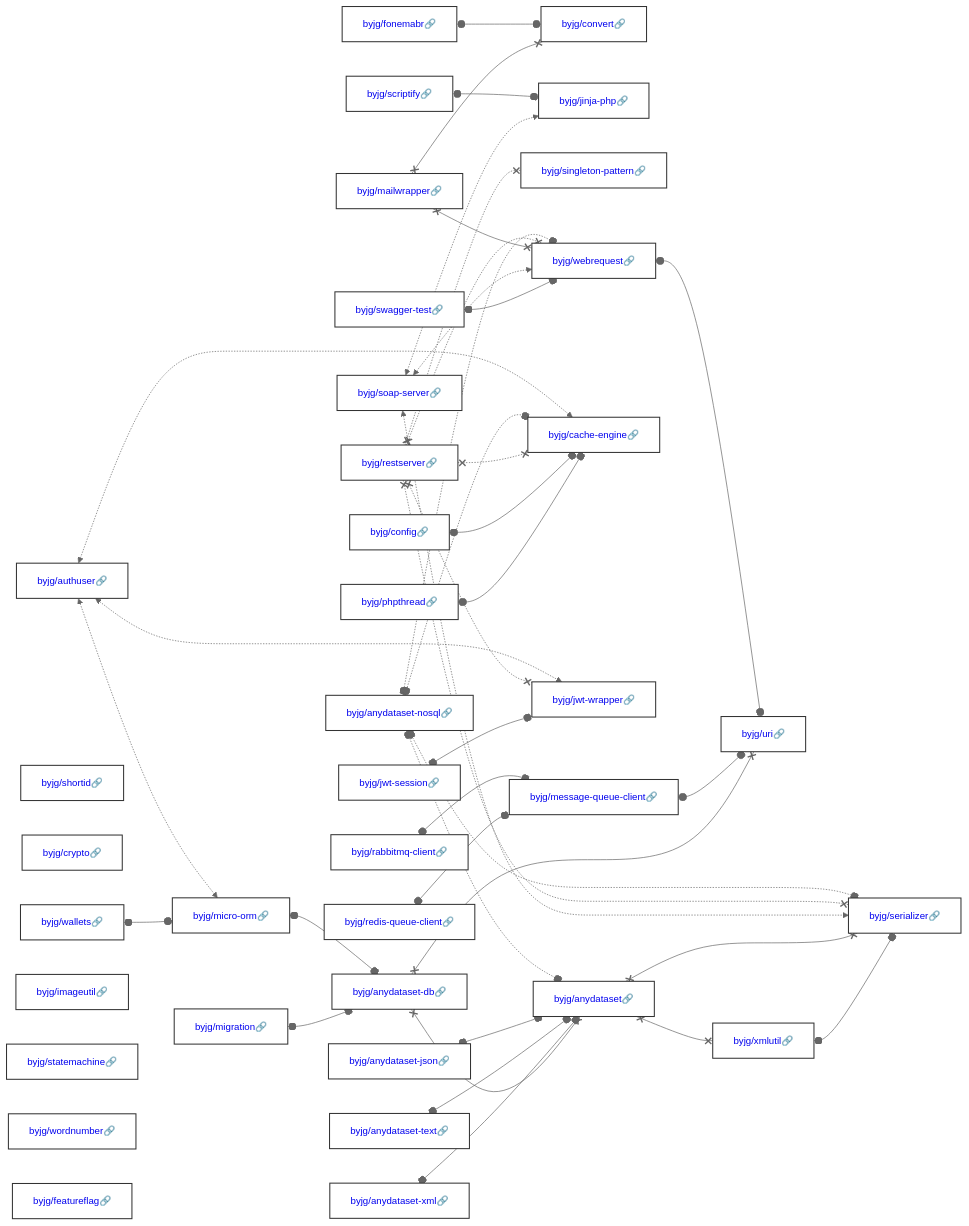
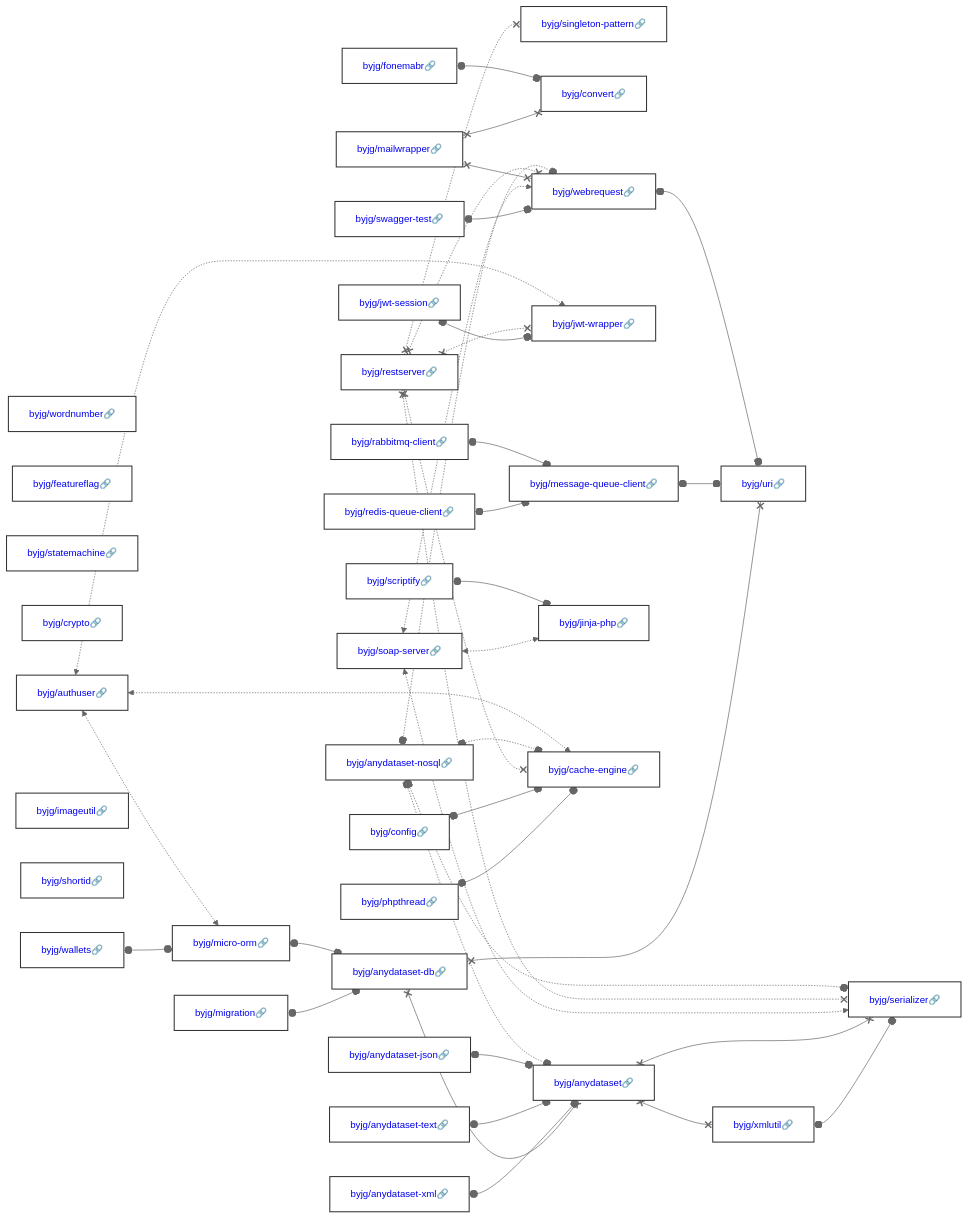
Before and after one commit to byjg/byjg.github.io: the diagram in docs/php/README.md, drawn with Mermaid (neutral theme). The commit also changed other lines of this file and 1 other file, not shown here.

Commit message:
Update documentation 'php' 'php-rest-reference-architecture'

````diff
--- a/docs/php/README.md
+++ b/docs/php/README.md
@@ -3,37 +3,37 @@
 ```mermaid
 graph LR;
-  byjg/config[<a href='https://opensource.byjg.com/docs/php/config' style='text-decoration:none'>byjg/config🔗</a>];
-  byjg/wallets[<a href='https://opensource.byjg.com/docs/php/wallets' style='text-decoration:none'>byjg/wallets🔗</a>];
-  byjg/shortid[<a href='https://opensource.byjg.com/docs/php/shortid' style='text-decoration:none'>byjg/shortid🔗</a>];
+  byjg/restserver[<a href='https://opensource.byjg.com/docs/php/restserver' style='text-decoration:none'>byjg/restserver🔗</a>];
   byjg/fonemabr[<a href='https://opensource.byjg.com/docs/php/fonemabr' style='text-decoration:none'>byjg/fonemabr🔗</a>];
-  byjg/scriptify[<a href='https://opensource.byjg.com/docs/php/scriptify' style='text-decoration:none'>byjg/scriptify🔗</a>];
-  byjg/mailwrapper[<a href='https://opensource.byjg.com/docs/php/mailwrapper' style='text-decoration:none'>byjg/mailwrapper🔗</a>];
-  byjg/crypto[<a href='https://opensource.byjg.com/docs/php/crypto' style='text-decoration:none'>byjg/crypto🔗</a>];
-  byjg/anydataset-json[<a href='https://opensource.byjg.com/docs/php/anydataset-json' style='text-decoration:none'>byjg/anydataset-json🔗</a>];
   byjg/soap-server[<a href='https://opensource.byjg.com/docs/php/soap-server' style='text-decoration:none'>byjg/soap-server🔗</a>];
   byjg/swagger-test[<a href='https://opensource.byjg.com/docs/php/swagger-test' style='text-decoration:none'>byjg/swagger-test🔗</a>];
+  byjg/anydataset-nosql[<a href='https://opensource.byjg.com/docs/php/anydataset-nosql' style='text-decoration:none'>byjg/anydataset-nosql🔗</a>];
+  byjg/migration[<a href='https://opensource.byjg.com/docs/php/migration' style='text-decoration:none'>byjg/migration🔗</a>];
+  byjg/mailwrapper[<a href='https://opensource.byjg.com/docs/php/mailwrapper' style='text-decoration:none'>byjg/mailwrapper🔗</a>];
+  byjg/jwt-session[<a href='https://opensource.byjg.com/docs/php/jwt-session' style='text-decoration:none'>byjg/jwt-session🔗</a>];
+  byjg/wordnumber[<a href='https://opensource.byjg.com/docs/php/wordnumber' style='text-decoration:none'>byjg/wordnumber🔗</a>];
+  byjg/anydataset-text[<a href='https://opensource.byjg.com/docs/php/anydataset-text' style='text-decoration:none'>byjg/anydataset-text🔗</a>];
+  byjg/featureflag[<a href='https://opensource.byjg.com/docs/php/featureflag' style='text-decoration:none'>byjg/featureflag🔗</a>];
+  byjg/statemachine[<a href='https://opensource.byjg.com/docs/php/statemachine' style='text-decoration:none'>byjg/statemachine🔗</a>];
+  byjg/config[<a href='https://opensource.byjg.com/docs/php/config' style='text-decoration:none'>byjg/config🔗</a>];
+  byjg/anydataset-json[<a href='https://opensource.byjg.com/docs/php/anydataset-json' style='text-decoration:none'>byjg/anydataset-json🔗</a>];
+  byjg/crypto[<a href='https://opensource.byjg.com/docs/php/crypto' style='text-decoration:none'>byjg/crypto🔗</a>];
   byjg/authuser[<a href='https://opensource.byjg.com/docs/php/authuser' style='text-decoration:none'>byjg/authuser🔗</a>];
   byjg/imageutil[<a href='https://opensource.byjg.com/docs/php/imageutil' style='text-decoration:none'>byjg/imageutil🔗</a>];
-  byjg/statemachine[<a href='https://opensource.byjg.com/docs/php/statemachine' style='text-decoration:none'>byjg/statemachine🔗</a>];
-  byjg/wordnumber[<a href='https://opensource.byjg.com/docs/php/wordnumber' style='text-decoration:none'>byjg/wordnumber🔗</a>];
-  byjg/restserver[<a href='https://opensource.byjg.com/docs/php/restserver' style='text-decoration:none'>byjg/restserver🔗</a>];
+  byjg/rabbitmq-client[<a href='https://opensource.byjg.com/docs/php/rabbitmq-client' style='text-decoration:none'>byjg/rabbitmq-client🔗</a>];
+  byjg/redis-queue-client[<a href='https://opensource.byjg.com/docs/php/redis-queue-client' style='text-decoration:none'>byjg/redis-queue-client🔗</a>];
+  byjg/scriptify[<a href='https://opensource.byjg.com/docs/php/scriptify' style='text-decoration:none'>byjg/scriptify🔗</a>];
+  byjg/shortid[<a href='https://opensource.byjg.com/docs/php/shortid' style='text-decoration:none'>byjg/shortid🔗</a>];
   byjg/phpthread[<a href='https://opensource.byjg.com/docs/php/phpthread' style='text-decoration:none'>byjg/phpthread🔗</a>];
-  byjg/anydataset-nosql[<a href='https://opensource.byjg.com/docs/php/anydataset-nosql' style='text-decoration:none'>byjg/anydataset-nosql🔗</a>];
-  byjg/migration[<a href='https://opensource.byjg.com/docs/php/migration' style='text-decoration:none'>byjg/migration🔗</a>];
-  byjg/jwt-session[<a href='https://opensource.byjg.com/docs/php/jwt-session' style='text-decoration:none'>byjg/jwt-session🔗</a>];
-  byjg/rabbitmq-client[<a href='https://opensource.byjg.com/docs/php/rabbitmq-client' style='text-decoration:none'>byjg/rabbitmq-client🔗</a>];
-  byjg/anydataset-text[<a href='https://opensource.byjg.com/docs/php/anydataset-text' style='text-decoration:none'>byjg/anydataset-text🔗</a>];
-  byjg/redis-queue-client[<a href='https://opensource.byjg.com/docs/php/redis-queue-client' style='text-decoration:none'>byjg/redis-queue-client🔗</a>];
-  byjg/featureflag[<a href='https://opensource.byjg.com/docs/php/featureflag' style='text-decoration:none'>byjg/featureflag🔗</a>];
+  byjg/wallets[<a href='https://opensource.byjg.com/docs/php/wallets' style='text-decoration:none'>byjg/wallets🔗</a>];
   byjg/anydataset-xml[<a href='https://opensource.byjg.com/docs/php/anydataset-xml' style='text-decoration:none'>byjg/anydataset-xml🔗</a>];
+  byjg/singleton-pattern[<a href='https://opensource.byjg.com/docs/php/singleton-pattern' style='text-decoration:none'>byjg/singleton-pattern🔗</a>];
   byjg/convert[<a href='https://opensource.byjg.com/docs/php/convert' style='text-decoration:none'>byjg/convert🔗</a>];
-  byjg/jinja-php[<a href='https://opensource.byjg.com/docs/php/jinja-php' style='text-decoration:none'>byjg/jinja-php🔗</a>];
-  byjg/micro-orm[<a href='https://opensource.byjg.com/docs/php/micro-orm' style='text-decoration:none'>byjg/micro-orm🔗</a>];
-  byjg/singleton-pattern[<a href='https://opensource.byjg.com/docs/php/singleton-pattern' style='text-decoration:none'>byjg/singleton-pattern🔗</a>];
   byjg/webrequest[<a href='https://opensource.byjg.com/docs/php/webrequest' style='text-decoration:none'>byjg/webrequest🔗</a>];
-  byjg/cache-engine[<a href='https://opensource.byjg.com/docs/php/cache-engine' style='text-decoration:none'>byjg/cache-engine🔗</a>];
   byjg/jwt-wrapper[<a href='https://opensource.byjg.com/docs/php/jwt-wrapper' style='text-decoration:none'>byjg/jwt-wrapper🔗</a>];
   byjg/message-queue-client[<a href='https://opensource.byjg.com/docs/php/message-queue-client' style='text-decoration:none'>byjg/message-queue-client🔗</a>];
+  byjg/jinja-php[<a href='https://opensource.byjg.com/docs/php/jinja-php' style='text-decoration:none'>byjg/jinja-php🔗</a>];
+  byjg/cache-engine[<a href='https://opensource.byjg.com/docs/php/cache-engine' style='text-decoration:none'>byjg/cache-engine🔗</a>];
+  byjg/micro-orm[<a href='https://opensource.byjg.com/docs/php/micro-orm' style='text-decoration:none'>byjg/micro-orm🔗</a>];
   byjg/anydataset-db[<a href='https://opensource.byjg.com/docs/php/anydataset-db' style='text-decoration:none'>byjg/anydataset-db🔗</a>];
   byjg/anydataset[<a href='https://opensource.byjg.com/docs/php/anydataset' style='text-decoration:none'>byjg/anydataset🔗</a>];
   byjg/uri[<a href='https://opensource.byjg.com/docs/php/uri' style='text-decoration:none'>byjg/uri🔗</a>];
````
